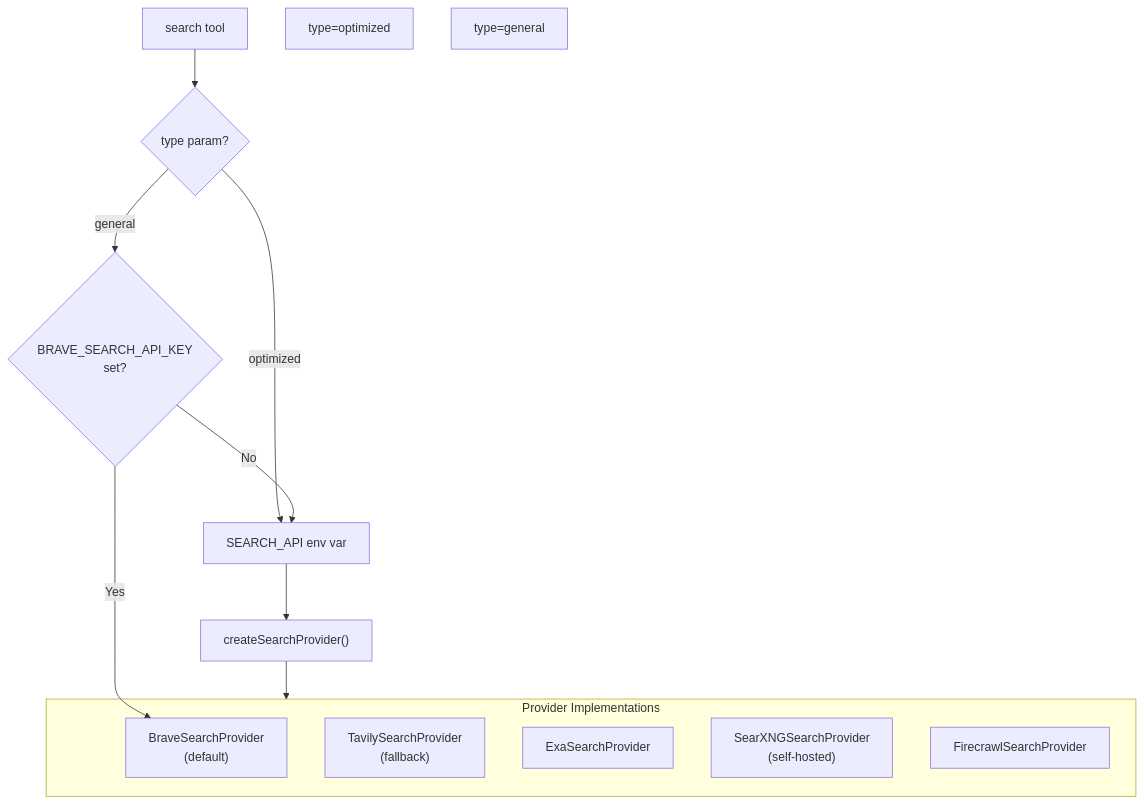
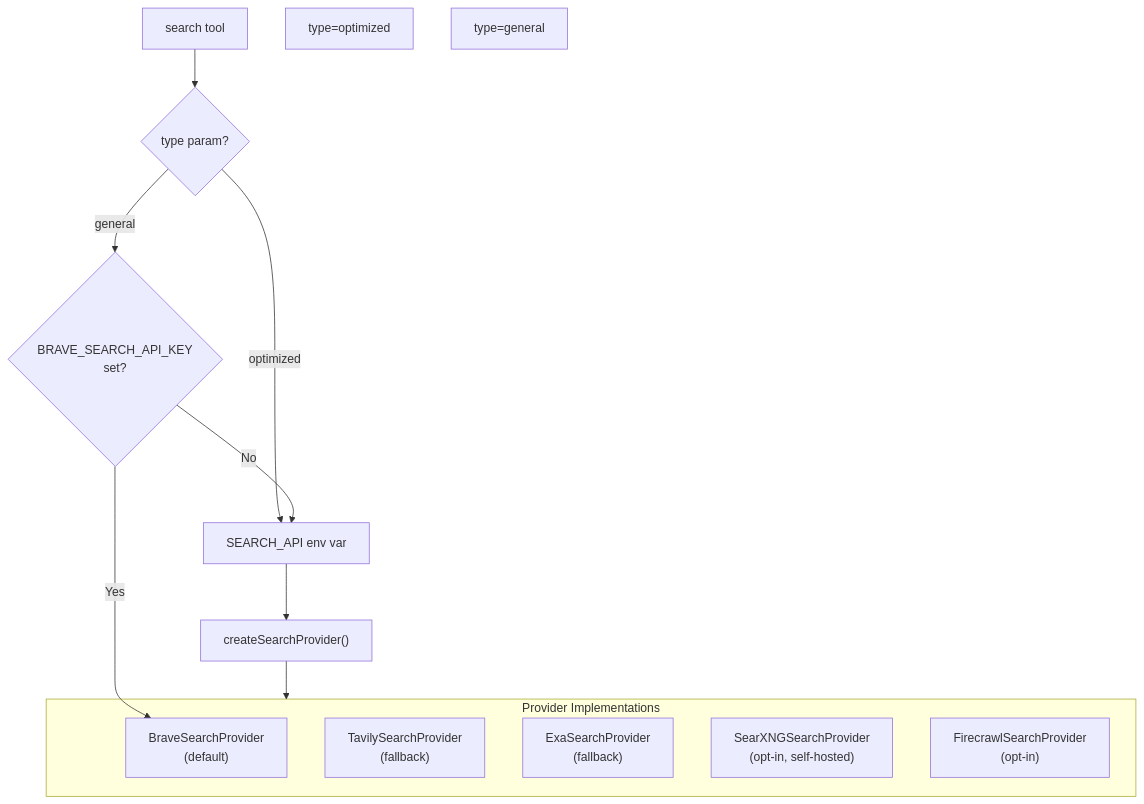
The fourth of 5 diagrams in docs/architecture/RESEARCH-AGENT.md (NickB03/polymorph), drawn with Mermaid before and after one commit. The commit also changed other lines of this file and 23 other files, not shown here.

````diff
--- a/docs/architecture/RESEARCH-AGENT.md
+++ b/docs/architecture/RESEARCH-AGENT.md
@@ -403,25 +403,25 @@
 ```mermaid
 graph TD
     SearchTool["search tool"]
     TypeCheck{"type param?"}
     Optimized["type=optimized"]
     General["type=general"]
     EnvVar["SEARCH_API env var"]
     BraveCheck{"BRAVE_SEARCH_API_KEY<br/>set?"}
     Factory["createSearchProvider()"]
 
     subgraph Providers["Provider Implementations"]
         Brave["BraveSearchProvider<br/>(default)"]
         Tavily["TavilySearchProvider<br/>(fallback)"]
-        Exa["ExaSearchProvider"]
-        SearXNG["SearXNGSearchProvider<br/>(self-hosted)"]
-        Firecrawl["FirecrawlSearchProvider"]
+        Exa["ExaSearchProvider<br/>(fallback)"]
+        SearXNG["SearXNGSearchProvider<br/>(opt-in, self-hosted)"]
+        Firecrawl["FirecrawlSearchProvider<br/>(opt-in)"]
     end
 
     SearchTool --> TypeCheck
     TypeCheck -->|optimized| EnvVar --> Factory
     TypeCheck -->|general| BraveCheck
     BraveCheck -->|Yes| Brave
     BraveCheck -->|No| EnvVar
     Factory --> Providers
 ```
````
